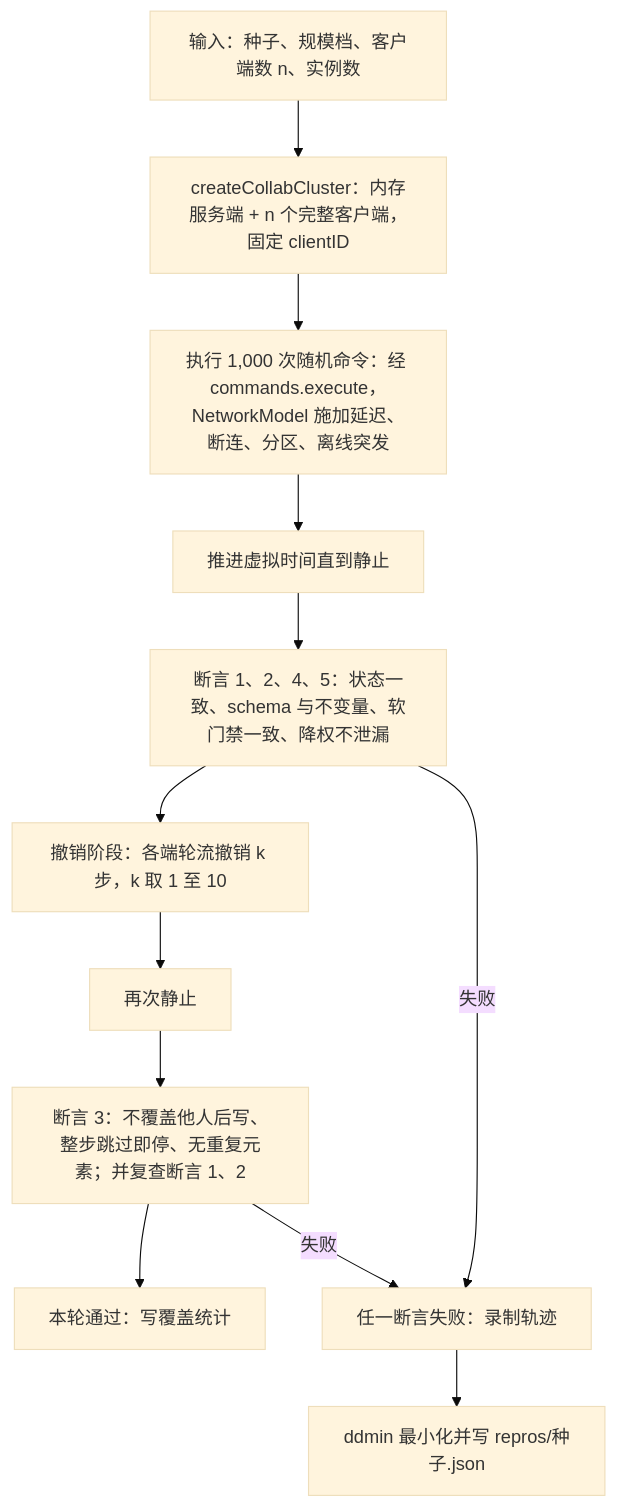
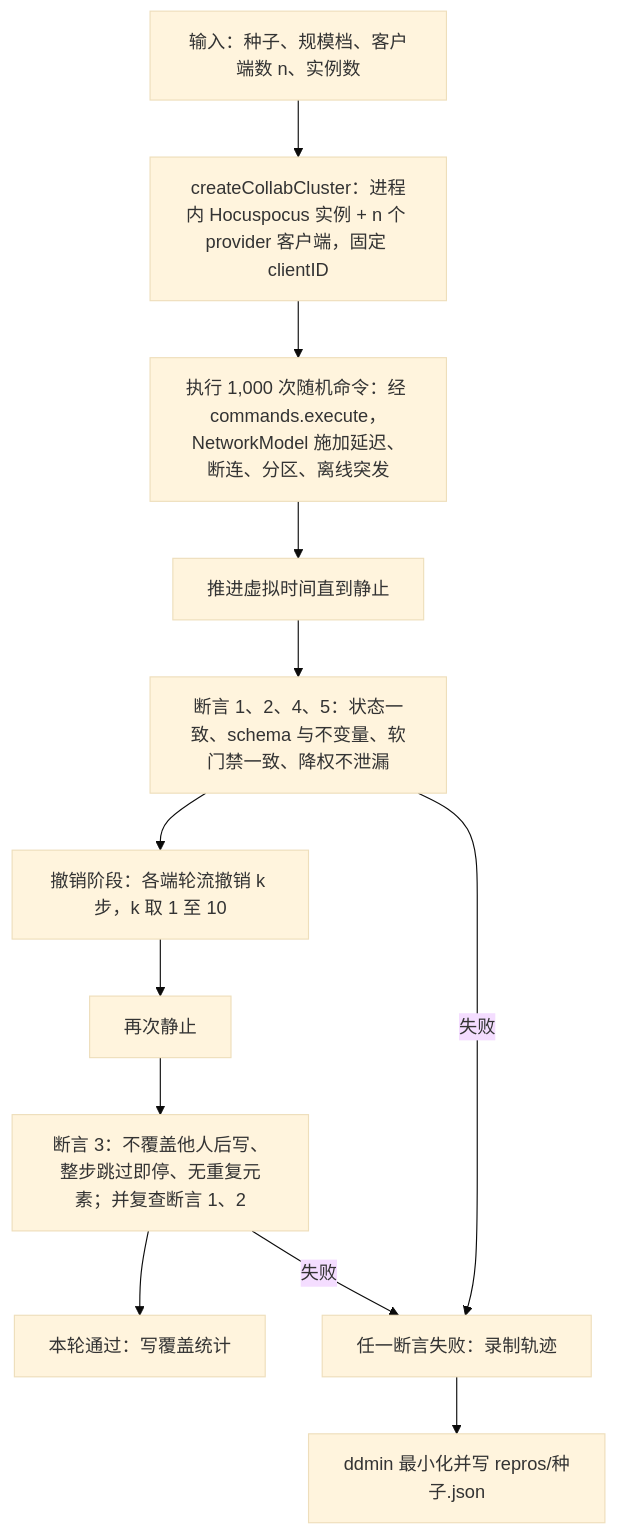
One commit to Xeonice/cordis-ppt-editor changed the second of 7 diagrams in docs/70-testing/05-collab-simulation-and-property-tests.md. Above: the diagram before and after it, drawn with Mermaid (base theme). The commit also changed other lines of this file and 12 other files, not shown here.

````diff
--- a/docs/70-testing/05-collab-simulation-and-property-tests.md
+++ b/docs/70-testing/05-collab-simulation-and-property-tests.md
@@ -91,18 +118,18 @@
 ```mermaid
 flowchart TB
   seed["输入：种子、规模档、客户端数 n、实例数"]
-  cluster["createCollabCluster：内存服务端 + n 个完整客户端，固定 clientID"]
+  cluster["createCollabCluster：进程内 Hocuspocus 实例 + n 个 provider 客户端，固定 clientID"]
   run["执行 1,000 次随机命令：经 commands.execute，NetworkModel 施加延迟、断连、分区、离线突发"]
   quiet1["推进虚拟时间直到静止"]
   check1["断言 1、2、4、5：状态一致、schema 与不变量、软门禁一致、降权不泄漏"]
   undo["撤销阶段：各端轮流撤销 k 步，k 取 1 至 10"]
   quiet2["再次静止"]
   check2["断言 3：不覆盖他人后写、整步跳过即停、无重复元素；并复查断言 1、2"]
   pass["本轮通过：写覆盖统计"]
   fail["任一断言失败：录制轨迹"]
   mini["ddmin 最小化并写 repros/种子.json"]
   seed --> cluster --> run --> quiet1 --> check1 --> undo --> quiet2 --> check2 --> pass
   check1 -- "失败" --> fail
   check2 -- "失败" --> fail
   fail --> mini
 ```
````
